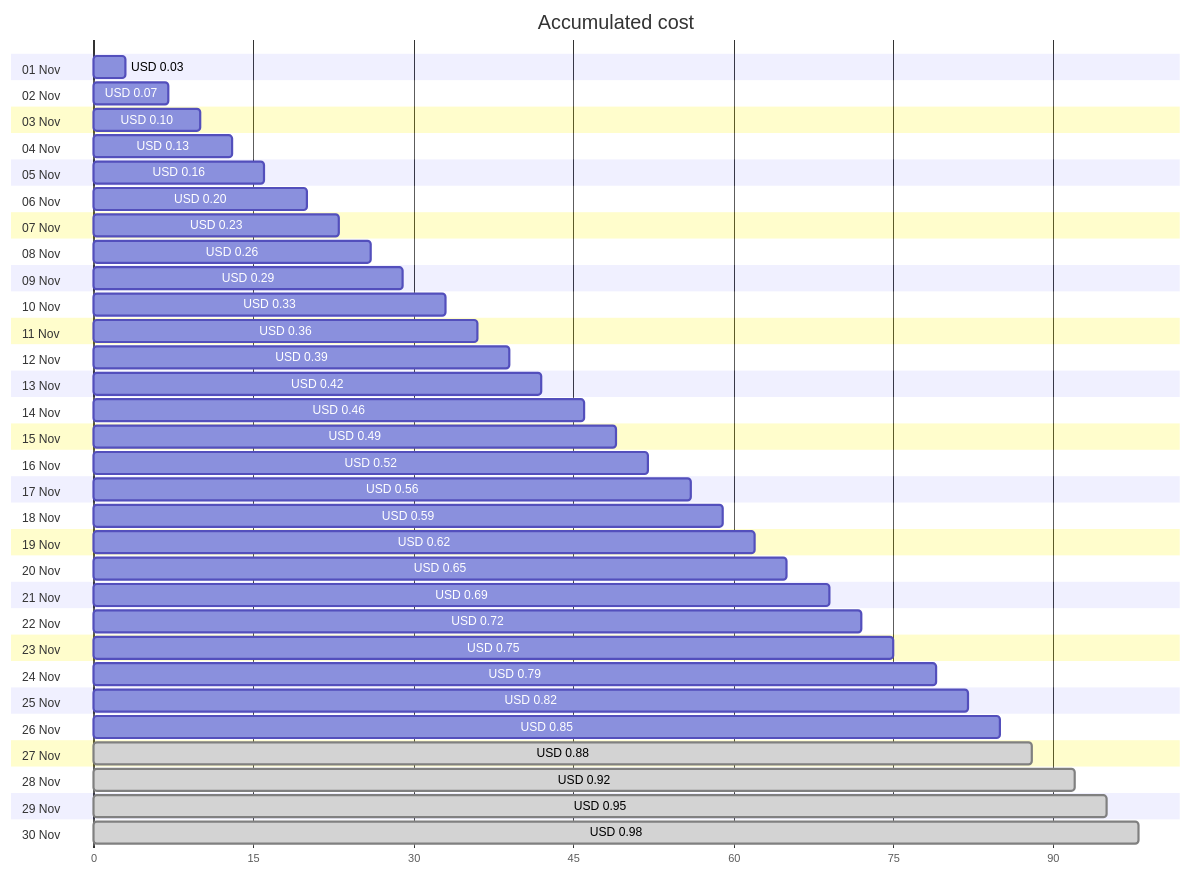
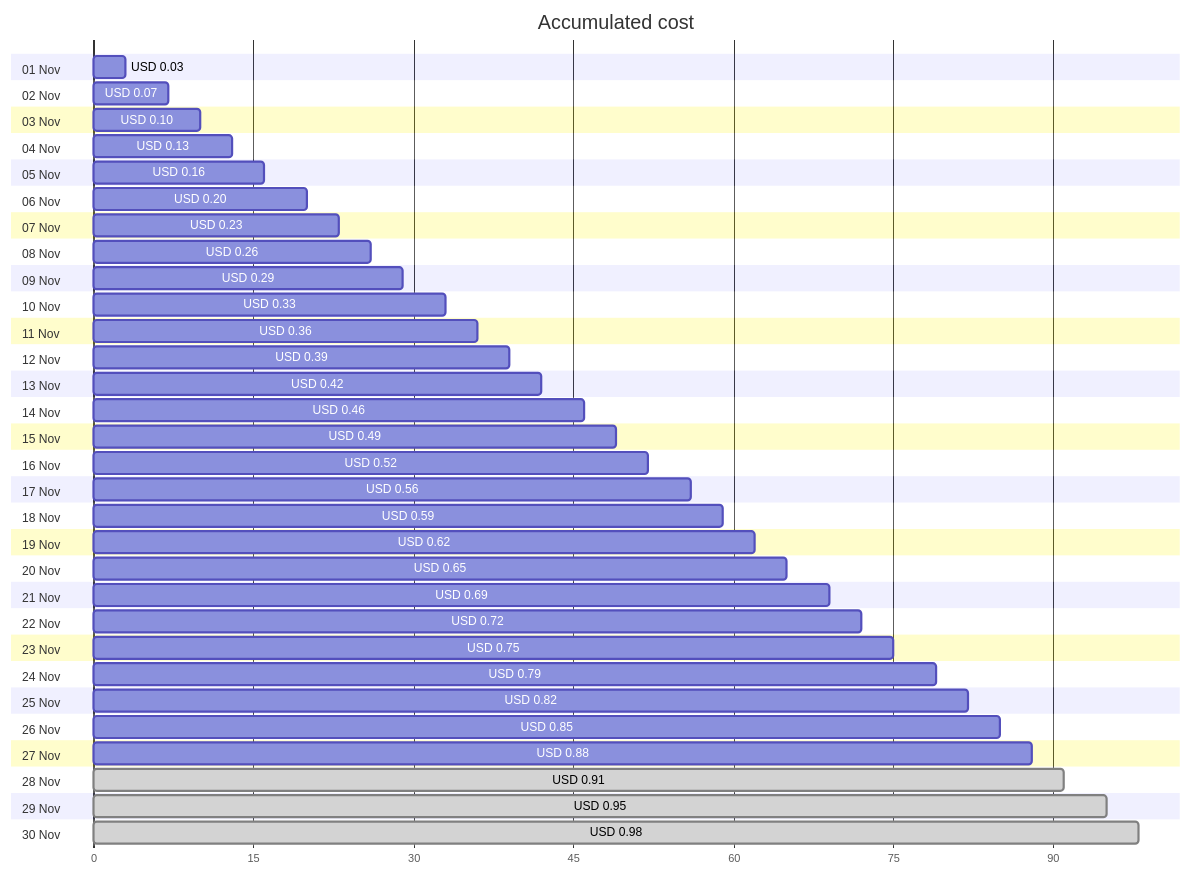
One commit to jpfulton/azure-personal-reports changed the first of 4 diagrams in cost-reports/personal-dns/README.md. Above: the diagram before and after it, drawn with Mermaid. The commit also changed other lines of this file and 2 other files, not shown here.

````diff
--- a/cost-reports/personal-dns/README.md
+++ b/cost-reports/personal-dns/README.md
@@ -20,66 +20,66 @@
 ```mermaid
 gantt
    title Accumulated cost
    dateFormat  X
    axisFormat %s
    section 01 Nov
    USD 0.03 :0, 3
    section 02 Nov
    USD 0.07 :0, 7
    section 03 Nov
    USD 0.10 :0, 10
    section 04 Nov
    USD 0.13 :0, 13
    section 05 Nov
    USD 0.16 :0, 16
    section 06 Nov
    USD 0.20 :0, 20
    section 07 Nov
    USD 0.23 :0, 23
    section 08 Nov
    USD 0.26 :0, 26
    section 09 Nov
    USD 0.29 :0, 29
    section 10 Nov
    USD 0.33 :0, 33
    section 11 Nov
    USD 0.36 :0, 36
    section 12 Nov
    USD 0.39 :0, 39
    section 13 Nov
    USD 0.42 :0, 42
    section 14 Nov
    USD 0.46 :0, 46
    section 15 Nov
    USD 0.49 :0, 49
    section 16 Nov
    USD 0.52 :0, 52
    section 17 Nov
    USD 0.56 :0, 56
    section 18 Nov
    USD 0.59 :0, 59
    section 19 Nov
    USD 0.62 :0, 62
    section 20 Nov
    USD 0.65 :0, 65
    section 21 Nov
    USD 0.69 :0, 69
    section 22 Nov
    USD 0.72 :0, 72
    section 23 Nov
    USD 0.75 :0, 75
    section 24 Nov
    USD 0.79 :0, 79
    section 25 Nov
    USD 0.82 :0, 82
    section 26 Nov
    USD 0.85 :0, 85
    section 27 Nov
-   USD 0.88 : done, 0, 88
+   USD 0.88 :0, 88
    section 28 Nov
-   USD 0.92 : done, 0, 92
+   USD 0.91 : done, 0, 91
    section 29 Nov
    USD 0.95 : done, 0, 95
    section 30 Nov
    USD 0.98 : done, 0, 98
 ```
````
